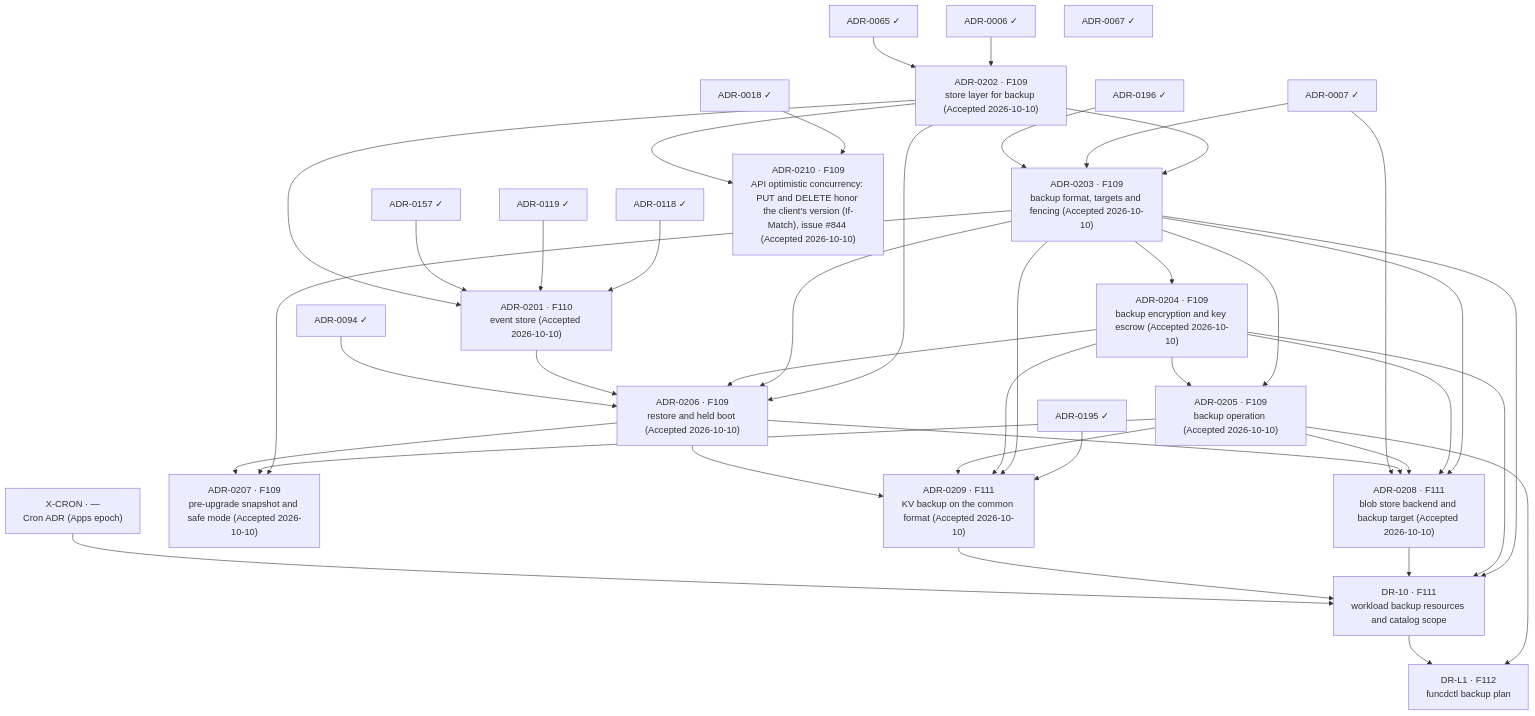
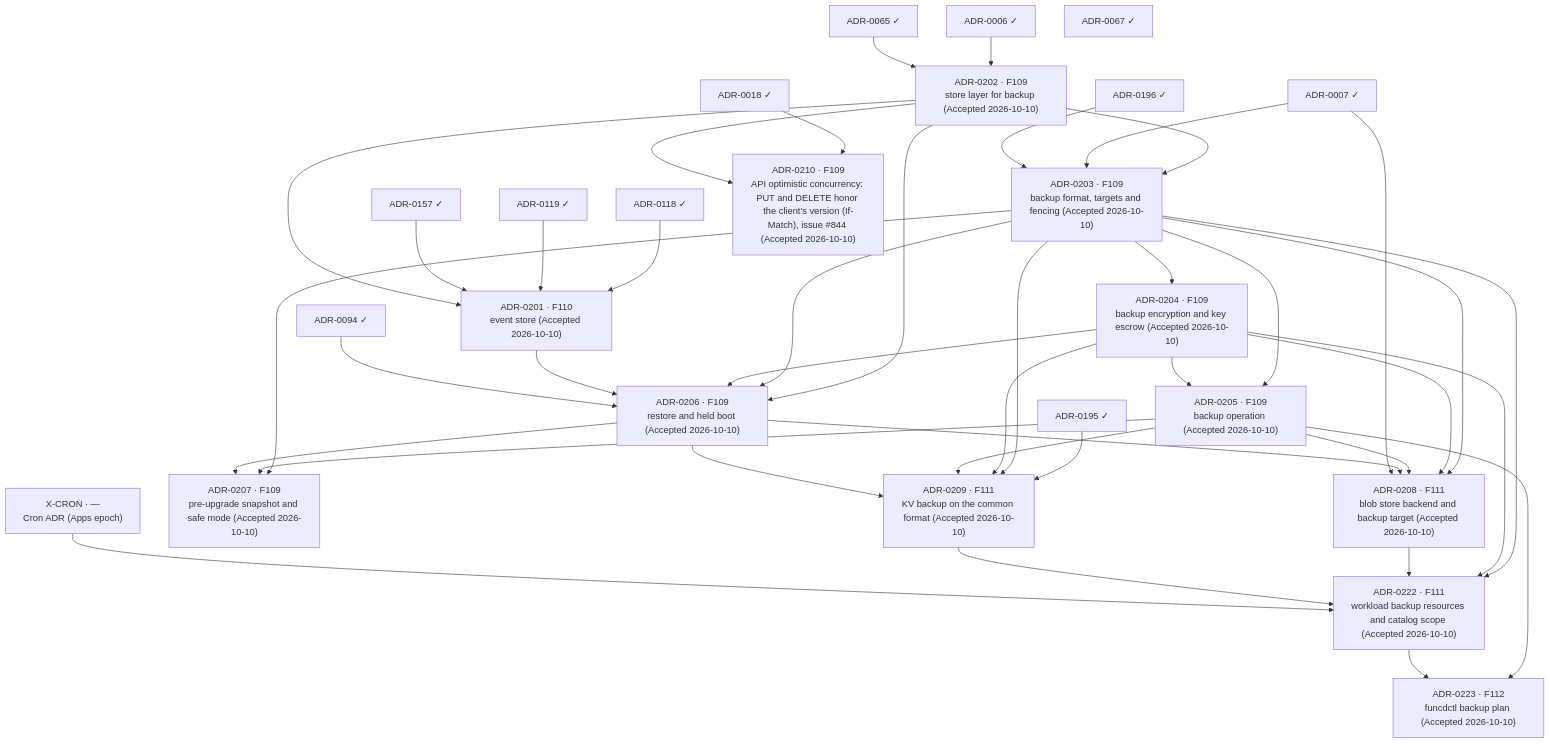
The diagram in docs/roadmap/dr-delivery-plan.md (pyvvo/funcd), drawn with Mermaid before and after one commit. The commit also changed other lines of this file and 5 other files, not shown here.

````diff
--- a/docs/roadmap/dr-delivery-plan.md
+++ b/docs/roadmap/dr-delivery-plan.md
@@ -74,67 +73,67 @@
 ```mermaid
 flowchart TB
     ADR_0006["ADR-0006 ✓"]
     ADR_0007["ADR-0007 ✓"]
     ADR_0018["ADR-0018 ✓"]
     ADR_0065["ADR-0065 ✓"]
     ADR_0067["ADR-0067 ✓"]
     ADR_0094["ADR-0094 ✓"]
     ADR_0118["ADR-0118 ✓"]
     ADR_0119["ADR-0119 ✓"]
     ADR_0157["ADR-0157 ✓"]
     ADR_0195["ADR-0195 ✓"]
     ADR_0196["ADR-0196 ✓"]
     X_CRON["X-CRON · —<br/>Cron ADR (Apps epoch)"]
     ADR_0202["ADR-0202 · F109<br/>store layer for backup (Accepted 2026-10-10)"]
     ADR_0201["ADR-0201 · F110<br/>event store (Accepted 2026-10-10)"]
     ADR_0203["ADR-0203 · F109<br/>backup format, targets and fencing (Accepted 2026-10-10)"]
     ADR_0204["ADR-0204 · F109<br/>backup encryption and key escrow (Accepted 2026-10-10)"]
     ADR_0205["ADR-0205 · F109<br/>backup operation (Accepted 2026-10-10)"]
     ADR_0206["ADR-0206 · F109<br/>restore and held boot (Accepted 2026-10-10)"]
     ADR_0207["ADR-0207 · F109<br/>pre-upgrade snapshot and safe mode (Accepted 2026-10-10)"]
     ADR_0208["ADR-0208 · F111<br/>blob store backend and backup target (Accepted 2026-10-10)"]
     ADR_0209["ADR-0209 · F111<br/>KV backup on the common format (Accepted 2026-10-10)"]
-    DR_10["DR-10 · F111<br/>workload backup resources and catalog scope"]
+    ADR_0222["ADR-0222 · F111<br/>workload backup resources and catalog scope (Accepted 2026-10-10)"]
     ADR_0210["ADR-0210 · F109<br/>API optimistic concurrency: PUT and DELETE honor the client's version (If-Match), issue #844 (Accepted 2026-10-10)"]
-    DR_L1["DR-L1 · F112<br/>funcdctl backup plan"]
+    ADR_0223["ADR-0223 · F112<br/>funcdctl backup plan (Accepted 2026-10-10)"]
 
     ADR_0006 --> ADR_0202
     ADR_0065 --> ADR_0202
     ADR_0118 --> ADR_0201
     ADR_0119 --> ADR_0201
     ADR_0157 --> ADR_0201
     ADR_0202 --> ADR_0201
     ADR_0202 --> ADR_0203
     ADR_0007 --> ADR_0203
     ADR_0196 --> ADR_0203
     ADR_0203 --> ADR_0204
     ADR_0203 --> ADR_0205
     ADR_0204 --> ADR_0205
     ADR_0202 --> ADR_0206
     ADR_0203 --> ADR_0206
     ADR_0204 --> ADR_0206
     ADR_0201 --> ADR_0206
     ADR_0094 --> ADR_0206
     ADR_0203 --> ADR_0207
     ADR_0205 --> ADR_0207
     ADR_0206 --> ADR_0207
     ADR_0203 --> ADR_0208
     ADR_0204 --> ADR_0208
     ADR_0205 --> ADR_0208
     ADR_0206 --> ADR_0208
     ADR_0007 --> ADR_0208
     ADR_0195 --> ADR_0209
     ADR_0203 --> ADR_0209
     ADR_0204 --> ADR_0209
     ADR_0205 --> ADR_0209
     ADR_0206 --> ADR_0209
-    ADR_0203 --> DR_10
-    ADR_0204 --> DR_10
-    ADR_0208 --> DR_10
-    ADR_0209 --> DR_10
-    X_CRON --> DR_10
+    ADR_0203 --> ADR_0222
+    ADR_0204 --> ADR_0222
+    ADR_0208 --> ADR_0222
+    ADR_0209 --> ADR_0222
+    X_CRON --> ADR_0222
     ADR_0018 --> ADR_0210
     ADR_0202 --> ADR_0210
-    ADR_0205 --> DR_L1
-    DR_10 --> DR_L1
+    ADR_0205 --> ADR_0223
+    ADR_0222 --> ADR_0223
 ```
````
